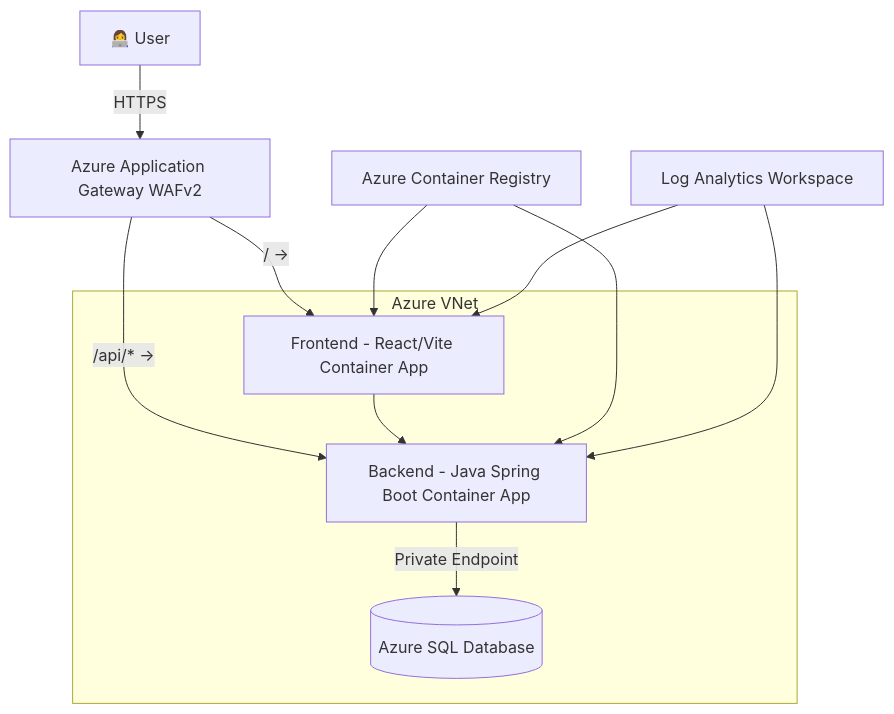
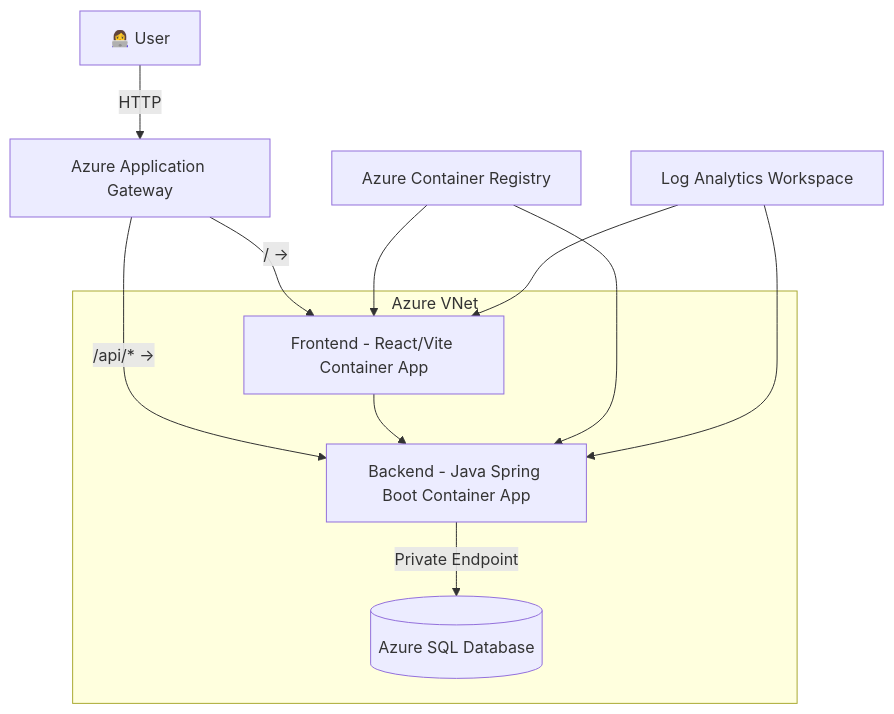
One commit to n2jlaa/Project-2- changed the diagram in README.md. Above: the diagram before and after it, drawn with Mermaid.

````diff
--- a/README.md
+++ b/README.md
@@ -32,17 +32,17 @@
 ```mermaid
 graph TD
-  User[👩‍💻 User] -->|HTTPS| AppGW[Azure Application Gateway WAFv2]
+  User[👩‍💻 User] -->|HTTP| AppGW[Azure Application Gateway ]
   AppGW -->|/ →| FE[Frontend - React/Vite Container App]
   AppGW -->|/api/* →| BE[Backend - Java Spring Boot Container App]
   FE --> BE
   BE -->|Private Endpoint| SQL[(Azure SQL Database)]
   subgraph Azure VNet
     FE
     BE
     SQL
   end
   ACR[Azure Container Registry] --> FE
   ACR --> BE
   LA[Log Analytics Workspace] --> FE
   LA --> BE
 ```
````
